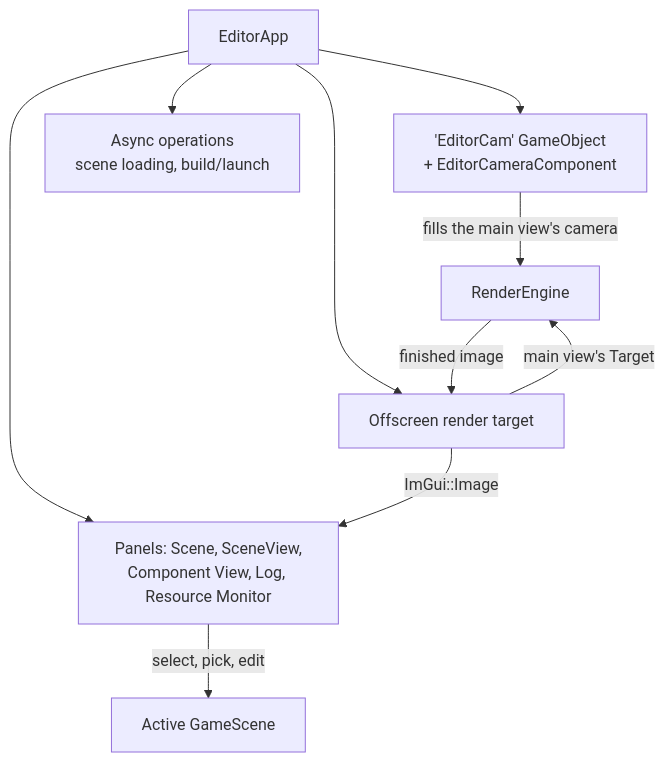
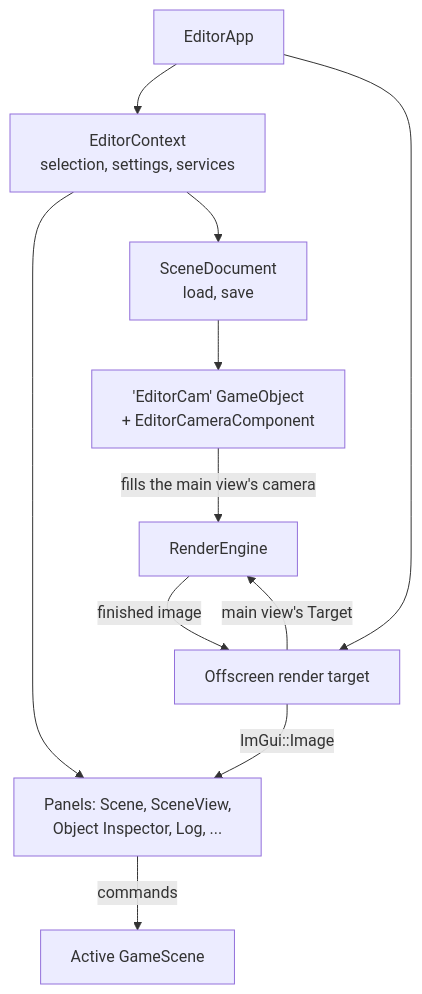
One commit to b1nary0/RZE changed the first of 3 diagrams in Docs/Generated/Engine/07-Editor/Editor-Overview.md. Above: the diagram before and after it, drawn with Mermaid. The commit also changed other lines of this file and 18 other files, not shown here.

````diff
--- a/Docs/Generated/Engine/07-Editor/Editor-Overview.md
+++ b/Docs/Generated/Engine/07-Editor/Editor-Overview.md
@@ -37,14 +39,14 @@
 ```mermaid
 %%{init: {'flowchart': {'subGraphTitleMargin': {'top': 6, 'bottom': 10}}, 'themeCSS': '.labelBkg, .edgeLabel { background-color: var(--background-primary) !important; } .messageText, .labelText, .loopText { paint-order: stroke; stroke: var(--background-primary); stroke-width: 5px; stroke-linejoin: round; }'}}%%
 flowchart TD
-    App["EditorApp"]
-    App --> Panels["Panels: Scene, SceneView,<br/>Component View, Log, Resource Monitor"]
-    App --> Cam["'EditorCam' GameObject<br/>+ EditorCameraComponent"]
+    App["EditorApp"] --> Ctx["EditorContext<br/>selection, settings, services"]
     App --> RT["Offscreen render target"]
-    App --> Ops["Async operations<br/>scene loading, build/launch"]
+    Ctx --> Panels["Panels: Scene, SceneView,<br/>Object Inspector, Log, ..."]
+    Ctx --> Doc["SceneDocument<br/>load, save"]
+    Doc --> Cam["'EditorCam' GameObject<br/>+ EditorCameraComponent"]
     Cam -->|"fills the main view's camera"| RE["RenderEngine"]
     RT -->|"main view's Target"| RE
     RE -->|"finished image"| RT
     RT -->|"ImGui::Image"| Panels
-    Panels -->|"select, pick, edit"| Scene["Active GameScene"]
+    Panels -->|"commands"| Scene["Active GameScene"]
 ```
````
